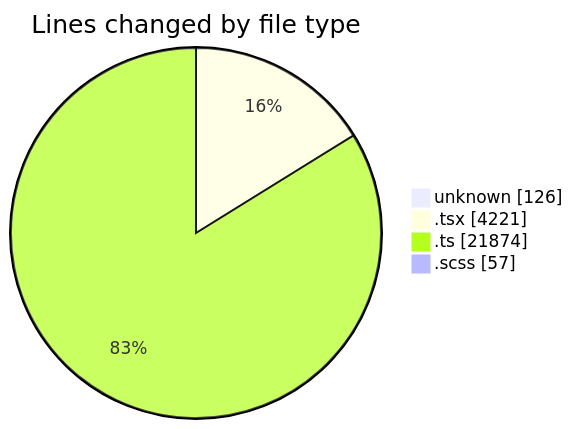
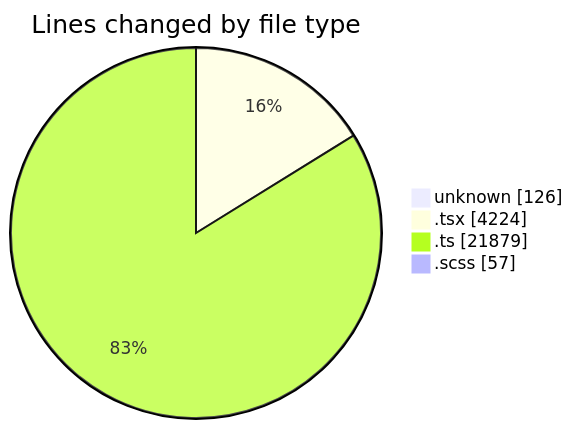
Before and after one commit to momahboobian/code-tracking: the first of 2 diagrams in 2026-09-23/cda/README.md, drawn with Mermaid. The commit also changed other lines of this file and 1 other file, not shown here.

````diff
--- a/2026-09-23/cda/README.md
+++ b/2026-09-23/cda/README.md
@@ -45,8 +46,8 @@
 ```mermaid
 pie showData
 title Lines changed by file type
 "unknown" : 126
-".tsx" : 4221
-".ts" : 21874
+".tsx" : 4224
+".ts" : 21879
 ".scss" : 57
 ```
````
